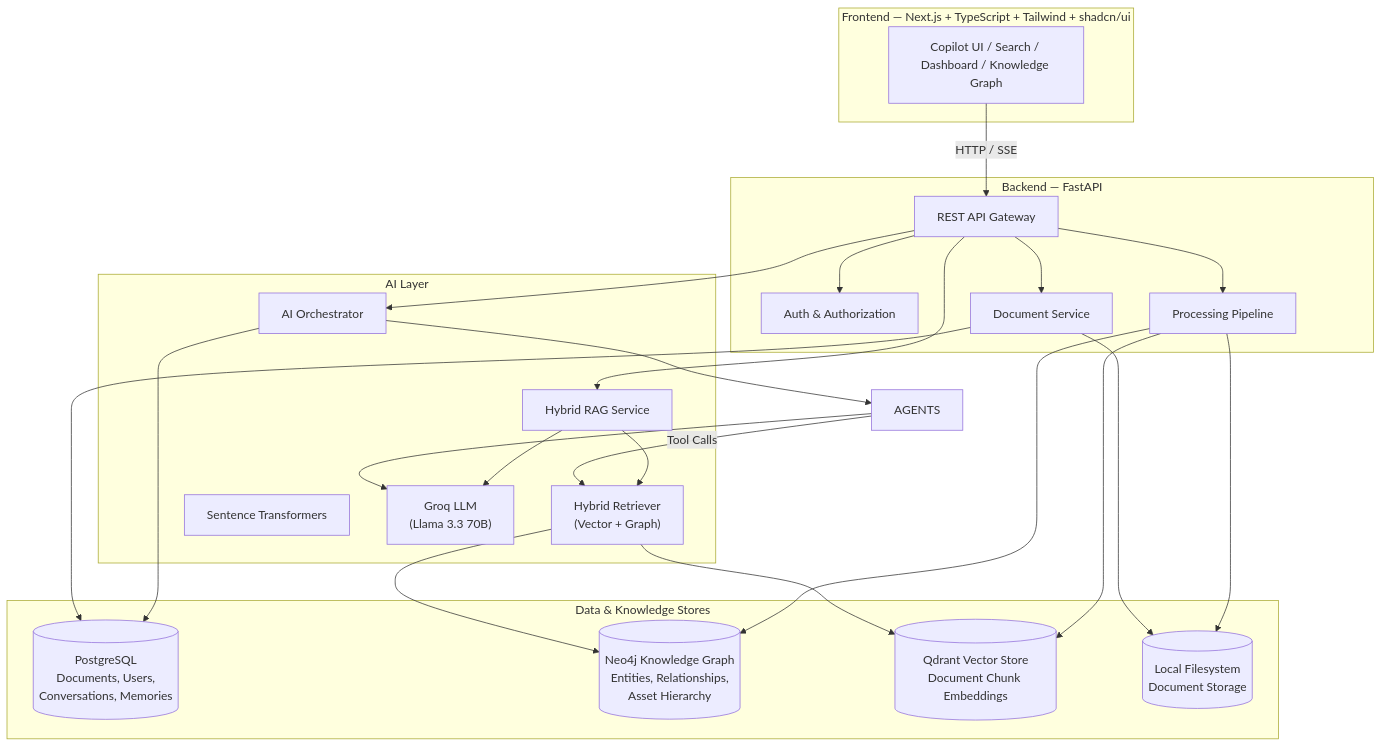
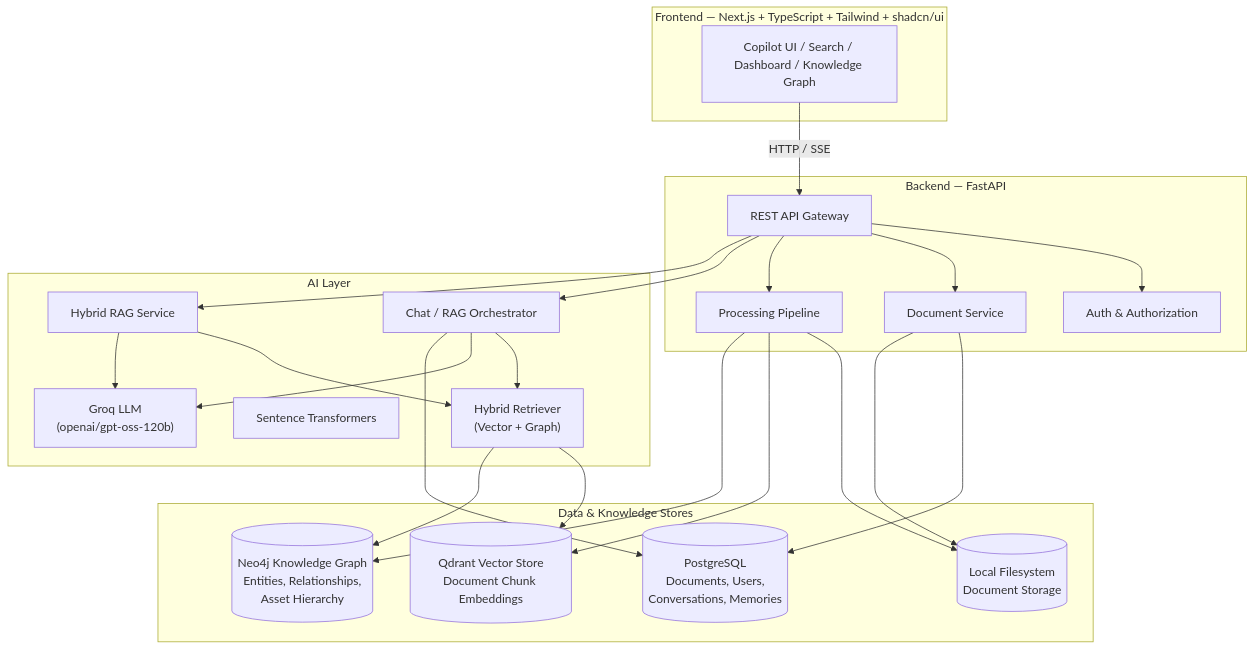
Before and after one commit to pratapVansh/TRACE: the first of 3 diagrams in README.md, drawn with Mermaid. The commit also changed other lines of this file and 60 other files, not shown here.

````diff
--- a/README.md
+++ b/README.md
@@ -44,48 +43,47 @@
 ```mermaid
 flowchart TB
     subgraph Client["Frontend — Next.js + TypeScript + Tailwind + shadcn/ui"]
         UI["Copilot UI / Search / Dashboard / Knowledge Graph"]
     end
 
     subgraph API["Backend — FastAPI"]
         GW["REST API Gateway"]
         AUTH["Auth & Authorization"]
         DOC["Document Service"]
         PROC["Processing Pipeline"]
     end
 
     subgraph AI["AI Layer"]
-        ORCH["AI Orchestrator"]
+        CHAT["Chat / RAG Orchestrator"]
         RAG["Hybrid RAG Service"]
         RET["Hybrid Retriever<br/>(Vector + Graph)"]
         EMB["Sentence Transformers"]
-        LLM["Groq LLM<br/>(Llama 3.3 70B)"]
+        LLM["Groq LLM<br/>(openai/gpt-oss-120b)"]
     end
 
     subgraph Data["Data & Knowledge Stores"]
         PG[("PostgreSQL<br/>Documents, Users,<br/>Conversations, Memories")]
         NEO[("Neo4j Knowledge Graph<br/>Entities, Relationships,<br/>Asset Hierarchy")]
         VEC[("Qdrant Vector Store<br/>Document Chunk Embeddings")]
         FS[("Local Filesystem<br/>Document Storage")]
     end
 
     UI -->|HTTP / SSE| GW
     GW --> AUTH
     GW --> DOC
     GW --> PROC
-    GW --> ORCH
+    GW --> CHAT
     GW --> RAG
-    ORCH --> AGENTS
-    AGENTS -->|Tool Calls| RET
-    AGENTS --> LLM
+    CHAT --> RET
+    CHAT --> LLM
     RET --> VEC
     RET --> NEO
     RAG --> RET
     RAG --> LLM
     DOC --> PG
     DOC --> FS
     PROC --> FS
     PROC --> VEC
     PROC --> NEO
-    ORCH --> PG
+    CHAT --> PG
 ```
````
